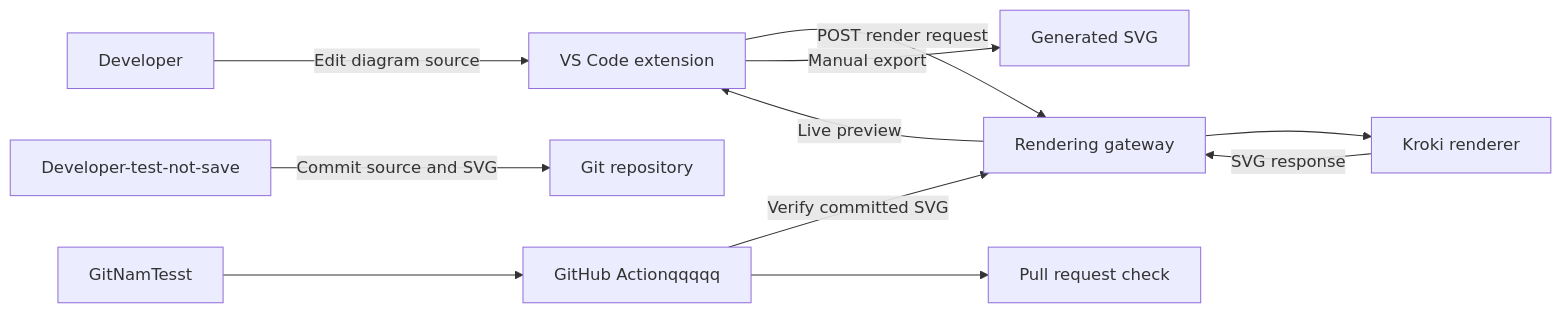
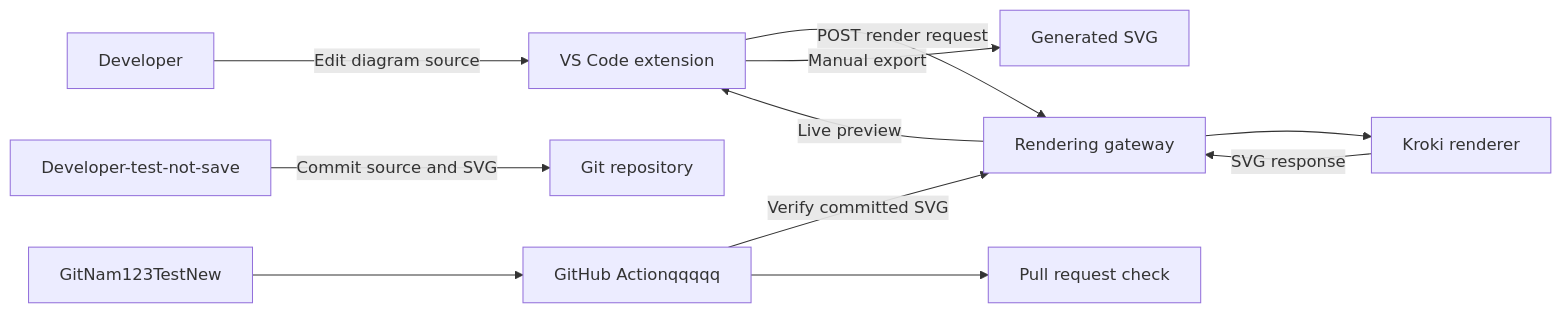
The diagram in docs/diagrams/diagram-workflow.mmd (PhuongNam2106/upgrade-diagram-as-code), drawn with Mermaid before and after one commit. The commit also changed 2 other files, not shown here.

```diff
--- a/docs/diagrams/diagram-workflow.mmd
+++ b/docs/diagrams/diagram-workflow.mmd
@@ -1,11 +1,11 @@
 flowchart LR
   Developer[Developer] -->|Edit diagram source| Extension[VS Code extension]
   Extension -->|POST render request| Gateway[Rendering gateway]
   Gateway --> Kroki[Kroki renderer]
   Kroki -->|SVG response| Gateway
   Gateway -->|Live preview| Extension
   Extension -->|Manual export| Svg[Generated SVG]
   Developer-test-not-save -->|Commit source and SVG| Git[Git repository]
-  GitNamTesst --> Action[GitHub Actionqqqqq]
+  GitNam123TestNew --> Action[GitHub Actionqqqqq]
   Action -->|Verify committed SVG| Gateway
   Action --> Check[Pull request check]
```
